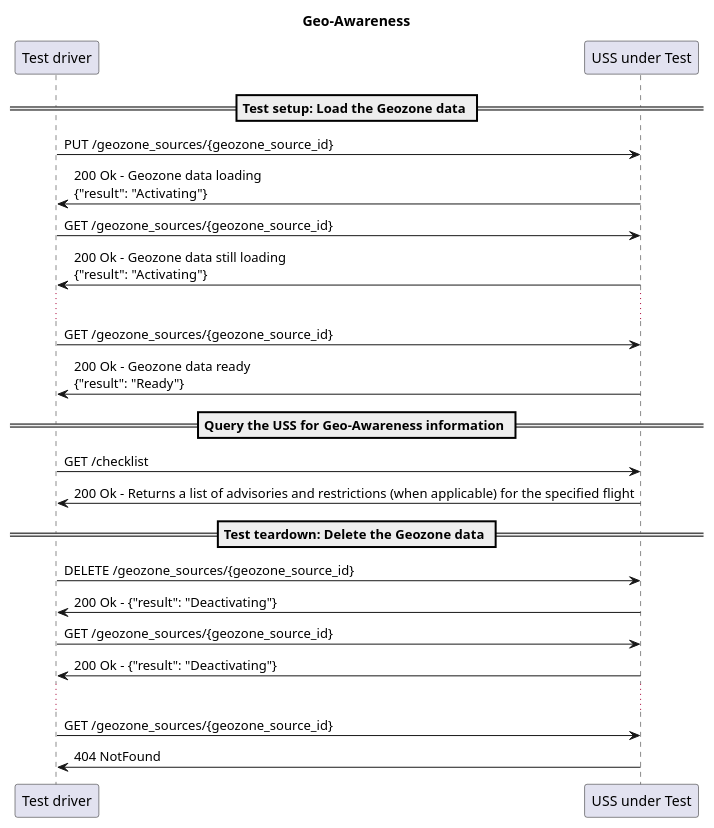
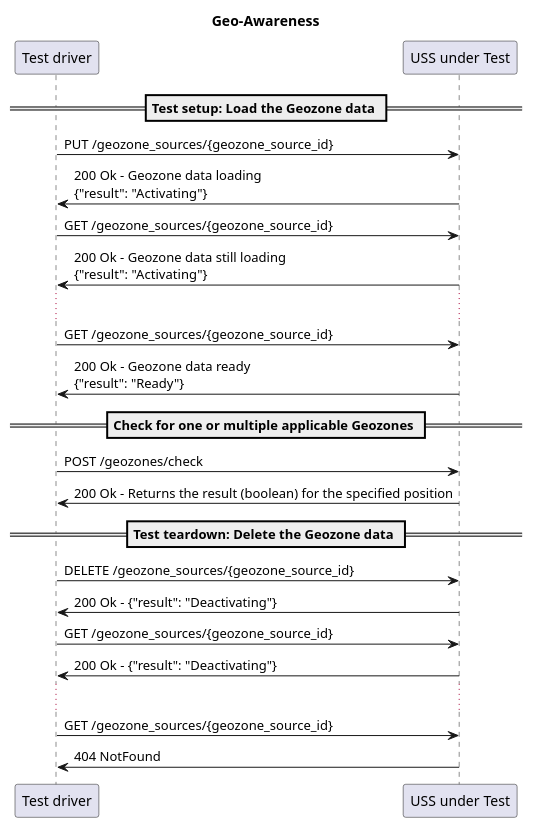
The diagram in interfaces/automated-testing/geo-awareness/design/sequence.plantuml (interuss/dss), drawn with PlantUML before and after one commit.

Commit message:
Update sequence diagram to match new interface

```diff
--- a/interfaces/automated-testing/geo-awareness/design/sequence.plantuml
+++ b/interfaces/automated-testing/geo-awareness/design/sequence.plantuml
@@ -1,37 +1,36 @@
 @startuml
 title Geo-Awareness
 
 participant TD as "Test driver"
 participant U as "USS under Test"
 
 == Test setup: Load the Geozone data ==
 TD -> U: PUT /geozone_sources/{geozone_source_id}
 TD <- U: 200 Ok - Geozone data loading\n{"result": "Activating"}
 
 TD -> U: GET /geozone_sources/{geozone_source_id}
 TD <- U: 200 Ok - Geozone data still loading\n{"result": "Activating"}
 
 ...
 
 TD -> U: GET /geozone_sources/{geozone_source_id}
 TD <- U: 200 Ok - Geozone data ready\n{"result": "Ready"}
 
-== Query the USS for Geo-Awareness information ==
+== Check for one or multiple applicable Geozones ==
 
-TD -> U: GET /checklist
-TD <- U: 200 Ok - Returns a list of advisories and restrictions (when applicable) for the specified flight
+TD -> U: POST /geozones/check
+TD <- U: 200 Ok - Returns the result (boolean) for the specified position
 
 == Test teardown: Delete the Geozone data ==
 
 TD -> U: DELETE /geozone_sources/{geozone_source_id}
 TD <- U: 200 Ok - {"result": "Deactivating"}
 
 TD -> U: GET /geozone_sources/{geozone_source_id}
 TD <- U: 200 Ok - {"result": "Deactivating"}
 
 ...
 
 TD -> U: GET /geozone_sources/{geozone_source_id}
 TD <- U: 404 NotFound
-
 @enduml
```
